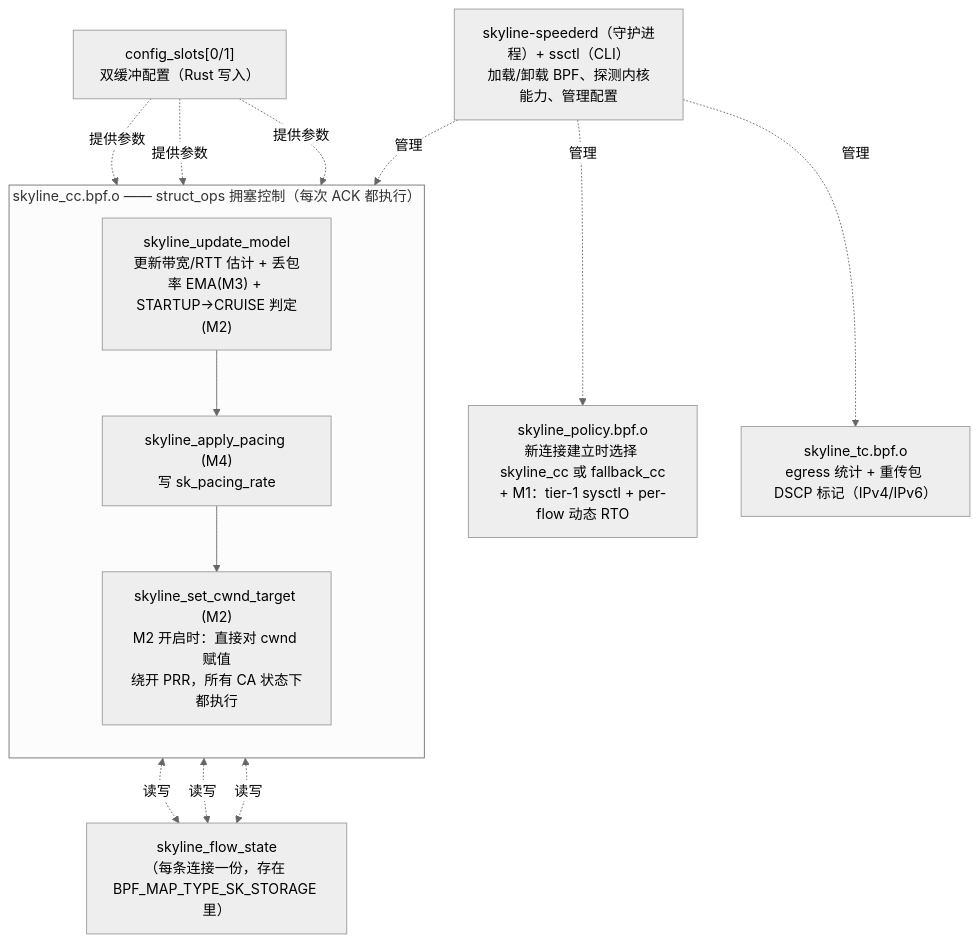
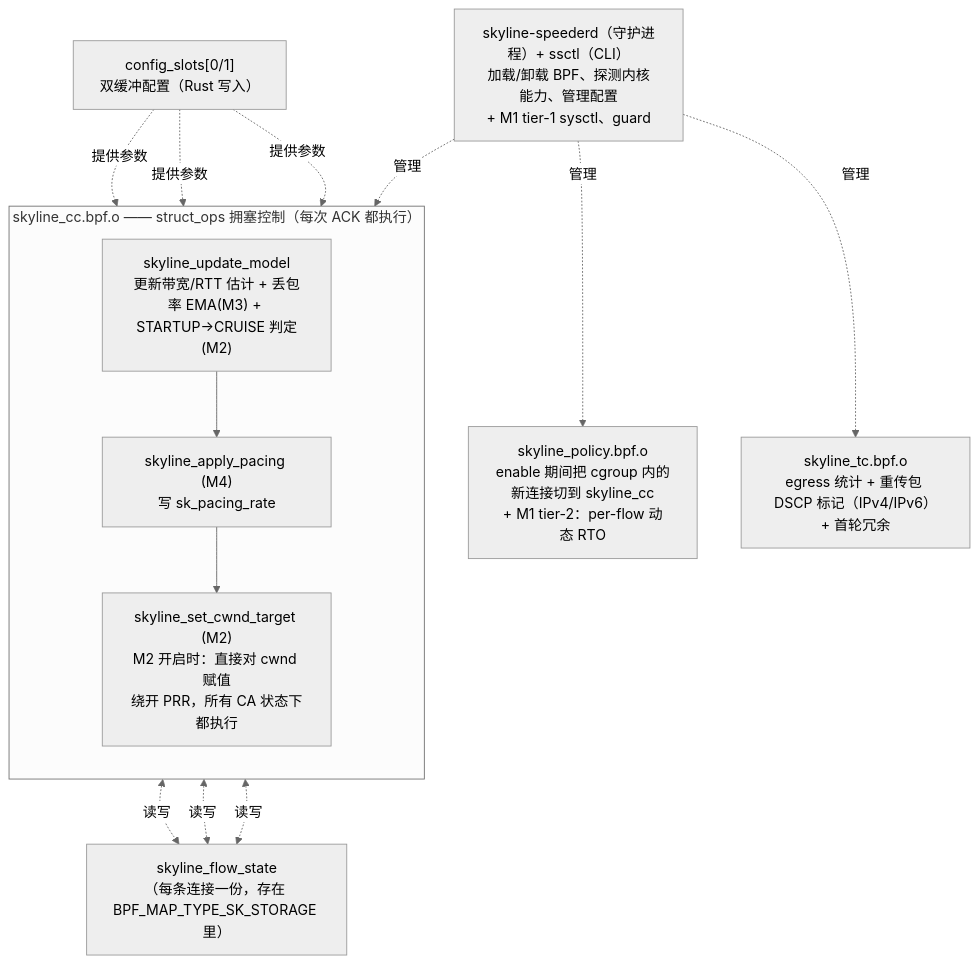
One commit to CYBERVERSE-Research/skyline-speeder changed the first of 2 diagrams in docs/03-design.md. Above: the diagram before and after it, drawn with Mermaid (neutral theme). The commit also changed other lines of this file and 22 other files, not shown here.

````diff
--- a/docs/03-design.md
+++ b/docs/03-design.md
@@ -29,27 +29,27 @@
 ```mermaid
 flowchart TB
     subgraph CC["skyline_cc.bpf.o —— struct_ops 拥塞控制（每次 ACK 都执行）"]
         direction TB
         UM["skyline_update_model<br/>更新带宽/RTT 估计 + 丢包率 EMA(M3) + STARTUP→CRUISE 判定(M2)"]
         PACE["skyline_apply_pacing (M4)<br/>写 sk_pacing_rate"]
         TARGET["skyline_set_cwnd_target (M2)<br/>M2 开启时：直接对 cwnd 赋值<br/>绕开 PRR，所有 CA 状态下都执行"]
         UM --> PACE --> TARGET
     end
     FLOW["skyline_flow_state<br/>（每条连接一份，存在 BPF_MAP_TYPE_SK_STORAGE 里）"]
     UM <-.读写.-> FLOW
     PACE <-.读写.-> FLOW
     TARGET <-.读写.-> FLOW
 
-    POLICY["skyline_policy.bpf.o<br/>新连接建立时选择 skyline_cc 或 fallback_cc<br/>+ M1：tier-1 sysctl + per-flow 动态 RTO"]
-    TC["skyline_tc.bpf.o<br/>egress 统计 + 重传包 DSCP 标记（IPv4/IPv6）"]
+    POLICY["skyline_policy.bpf.o<br/>enable 期间把 cgroup 内的新连接切到 skyline_cc<br/>+ M1 tier-2：per-flow 动态 RTO"]
+    TC["skyline_tc.bpf.o<br/>egress 统计 + 重传包 DSCP 标记（IPv4/IPv6）<br/>+ 首轮冗余"]
 
     CFG["config_slots[0/1]<br/>双缓冲配置（Rust 写入）"]
     CFG -.提供参数.-> UM
     CFG -.提供参数.-> PACE
     CFG -.提供参数.-> TARGET
 
-    RUST["skyline-speederd（守护进程）+ ssctl（CLI）<br/>加载/卸载 BPF、探测内核能力、管理配置"]
+    RUST["skyline-speederd（守护进程）+ ssctl（CLI）<br/>加载/卸载 BPF、探测内核能力、管理配置<br/>+ M1 tier-1 sysctl、guard"]
     RUST -.管理.-> CC
     RUST -.管理.-> POLICY
     RUST -.管理.-> TC
 ```
````
